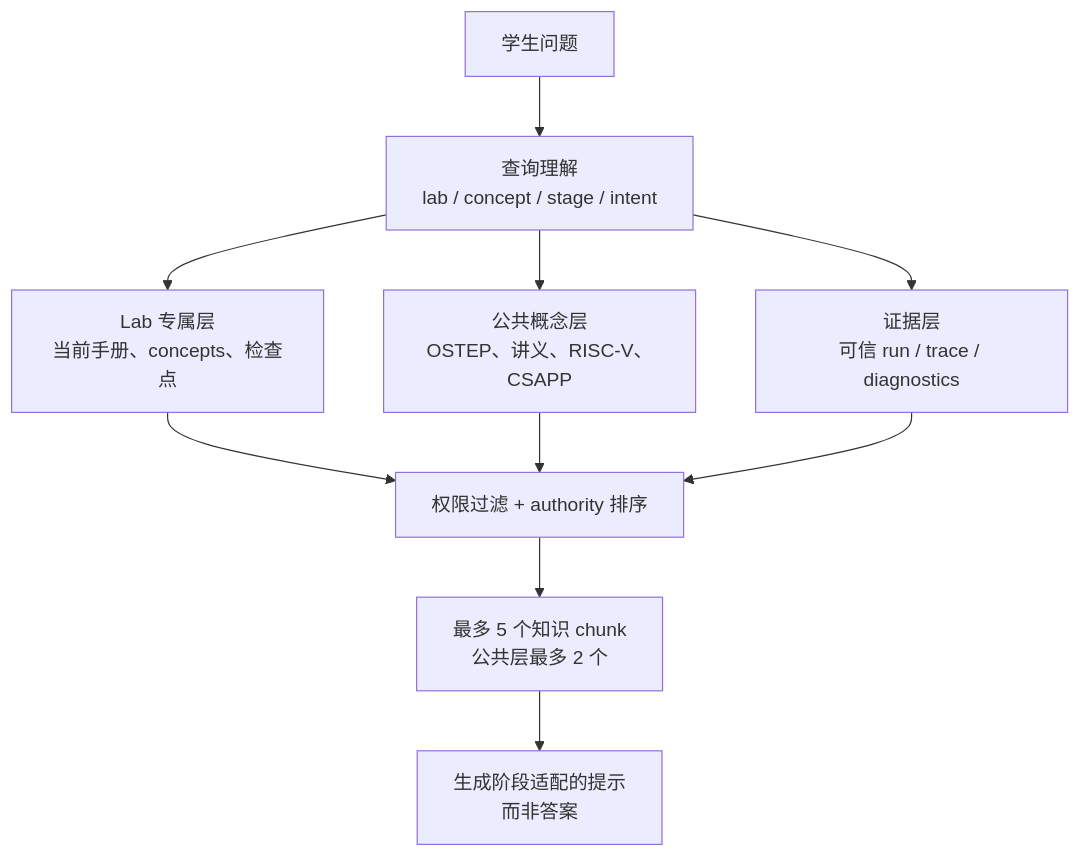
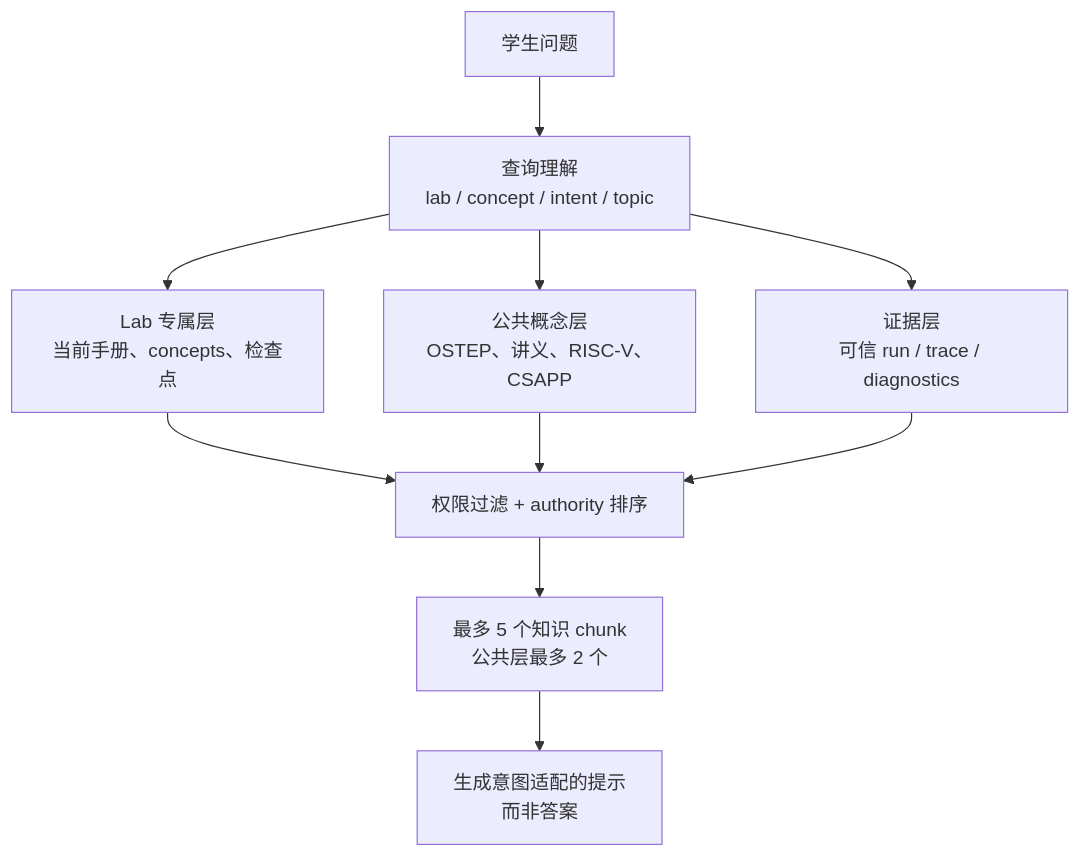
The second of 11 diagrams in os-lab/docs/agent-system-technical.md (AM-SuSh/EVOLVE), drawn with Mermaid before and after one commit. The commit also changed other lines of this file and 6 other files, not shown here.

Commit message:
同步AI导师意图路由与评分文档

````diff
--- a/os-lab/docs/agent-system-technical.md
+++ b/os-lab/docs/agent-system-technical.md
@@ -77,12 +69,12 @@
 ```mermaid
 flowchart TB
-  Q[学生问题] --> C[查询理解\nlab / concept / stage / intent]
+  Q[学生问题] --> C[查询理解\nlab / concept / intent / topic]
   C --> L1[Lab 专属层\n当前手册、concepts、检查点]
   C --> L2[公共概念层\nOSTEP、讲义、RISC-V、CSAPP]
   C --> L3[证据层\n可信 run / trace / diagnostics]
   L1 --> X[权限过滤 + authority 排序]
   L2 --> X
   L3 --> X
   X --> H[最多 5 个知识 chunk\n公共层最多 2 个]
-  H --> T[生成阶段适配的提示\n而非答案]
+  H --> T[生成意图适配的提示\n而非答案]
 ```
````
